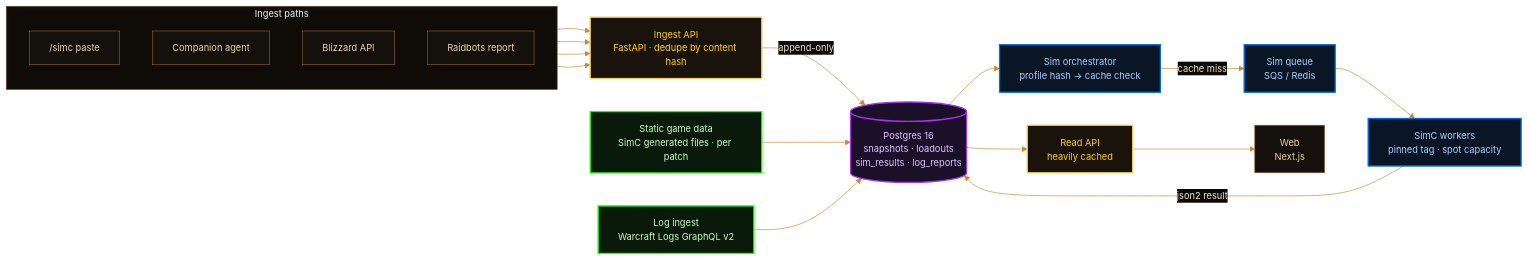
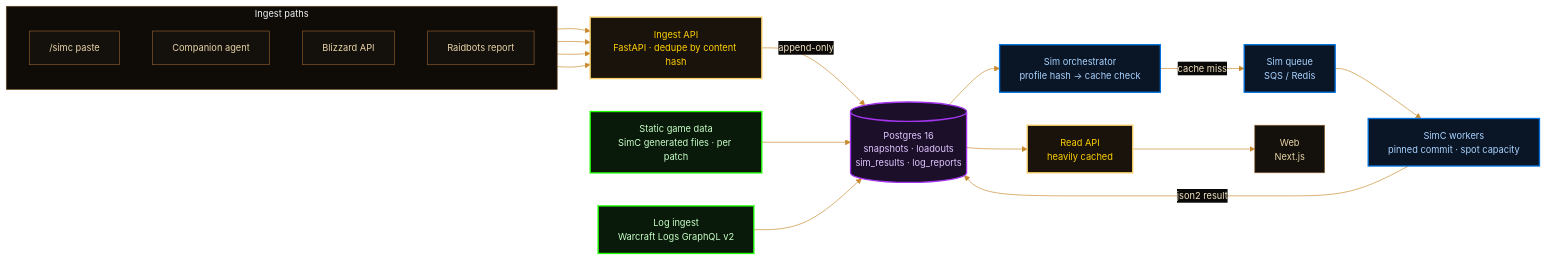
Before and after one commit to sandgraal/wowlab: the diagram in README.md, drawn with Mermaid. The commit also changed other lines of this file and 6 other files, not shown here.

````diff
--- a/README.md
+++ b/README.md
@@ -104,47 +104,47 @@
 ```mermaid
 %%{init: {"theme": "base", "themeVariables": {
   "background": "#0b0a08", "primaryColor": "#1a130b", "primaryTextColor": "#f5e6c4", "primaryBorderColor": "#c98a2e",
   "secondaryColor": "#14110c", "tertiaryColor": "#0f0c08", "lineColor": "#c98a2e", "textColor": "#f5e6c4",
   "clusterBkg": "#0f0c08", "clusterBorder": "#6b4a1e", "edgeLabelBackground": "#0b0a08",
   "fontFamily": "Georgia, Palatino Linotype, Book Antiqua, serif", "fontSize": "14px"
 }}}%%
 flowchart LR
   subgraph IN["  Ingest paths  "]
     direction TB
     A["/simc paste"]
     B["Companion agent"]
     C["Blizzard API"]
     D["Raidbots report"]
   end
 
   API["Ingest API<br/>FastAPI · dedupe by content hash"]
   DB[("Postgres 16<br/>snapshots · loadouts<br/>sim_results · log_reports")]
   ORCH["Sim orchestrator<br/>profile hash → cache check"]
   Q["Sim queue<br/>SQS / Redis"]
-  W["SimC workers<br/>pinned tag · spot capacity"]
+  W["SimC workers<br/>pinned commit · spot capacity"]
   READ["Read API<br/>heavily cached"]
   WCL["Log ingest<br/>Warcraft Logs GraphQL v2"]
   GD["Static game data<br/>SimC generated files · per patch"]
   WEB["Web<br/>Next.js"]
 
   A --> API
   B --> API
   C --> API
   D --> API
   API -- "append-only" --> DB
   GD --> DB
   DB --> ORCH -- "cache miss" --> Q --> W -- "json2 result" --> DB
   WCL --> DB
   DB --> READ --> WEB
 
   classDef gold fill:#1a130b,stroke:#f3cb63,stroke-width:2px,color:#ffd100;
   classDef epic fill:#1b0f2a,stroke:#a335ee,stroke-width:2px,color:#e2c6ff;
   classDef rare fill:#0a1526,stroke:#0070dd,stroke-width:2px,color:#a9d3ff;
   classDef green fill:#0a1a0a,stroke:#1eff00,stroke-width:2px,color:#c8ffc8;
   classDef plain fill:#14110c,stroke:#8a5a2b,color:#e8d5a8;
   class API,READ gold
   class DB epic
   class ORCH,Q,W rare
   class WCL,GD green
   class A,B,C,D,WEB plain
 ```
````
